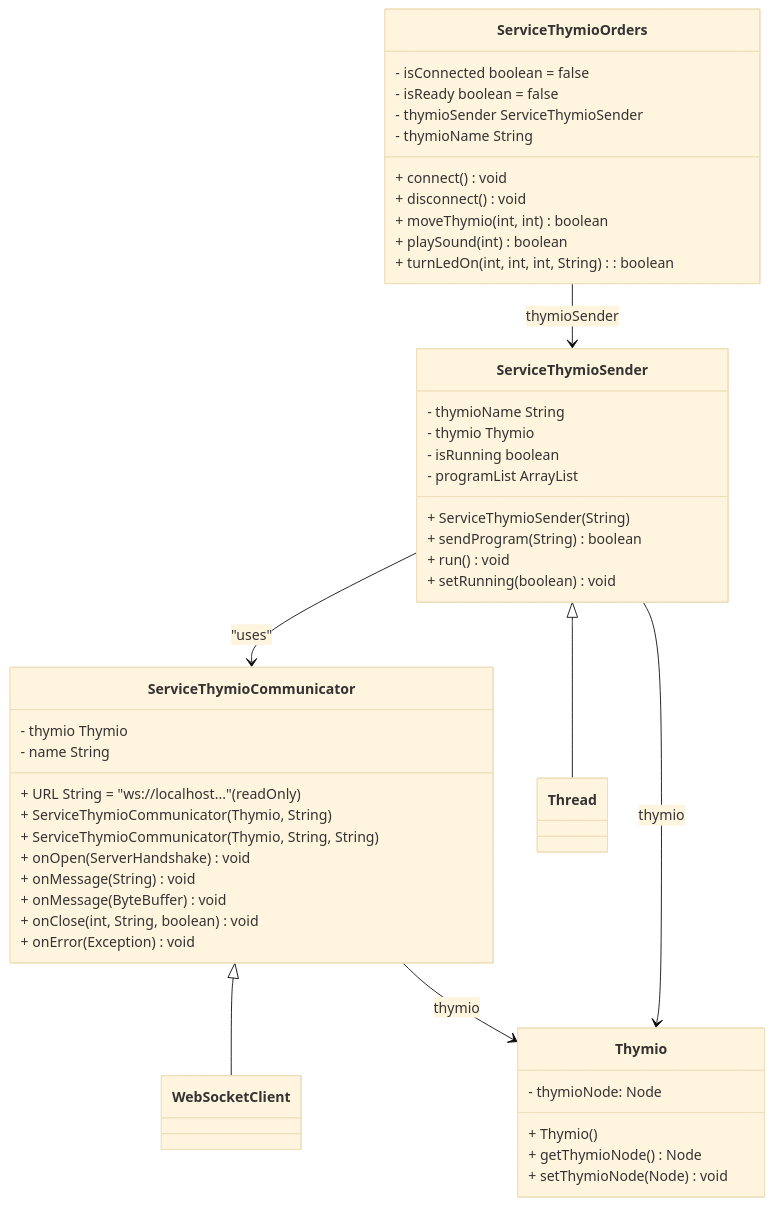
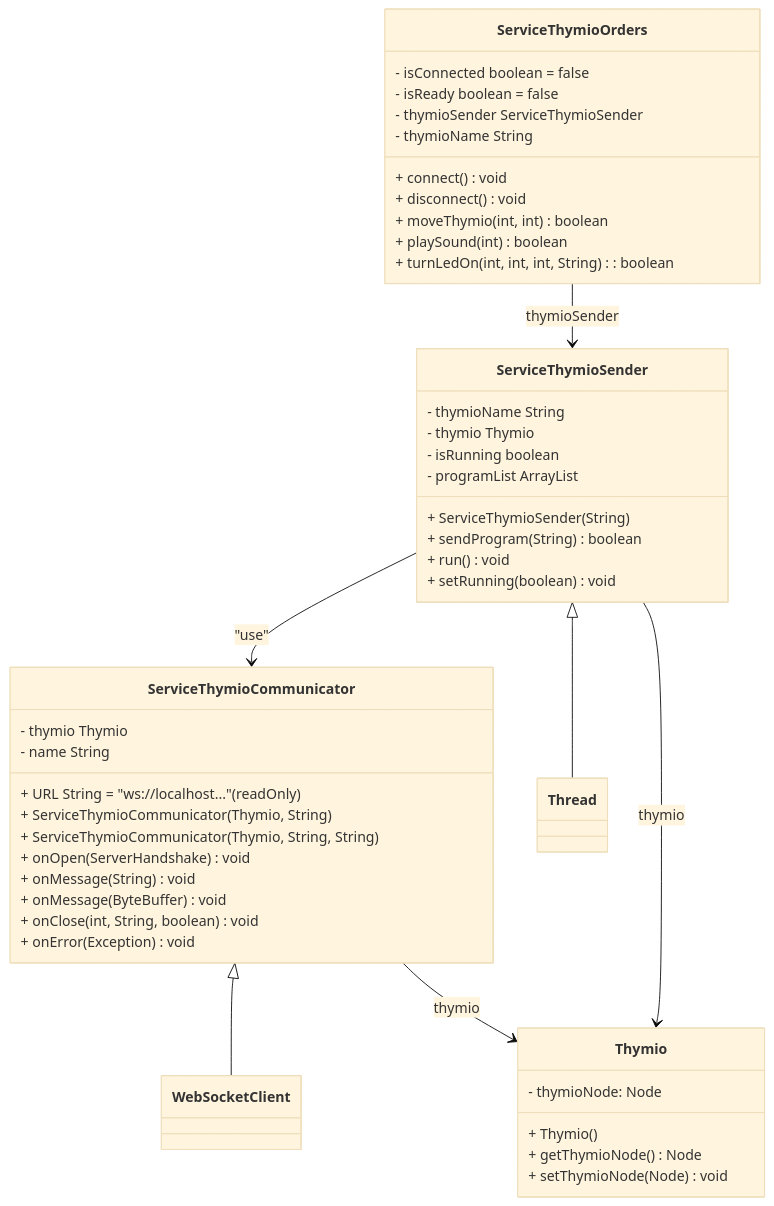
Before and after one commit to emf-info/EMFThymioJava: the diagram in README.md, drawn with Mermaid (base theme).

````diff
--- a/README.md
+++ b/README.md
@@ -39,58 +39,58 @@
 ```mermaid
 classDiagram
     class ServiceThymioOrders {
         - isConnected boolean = false
         - isReady boolean = false
         - thymioSender ServiceThymioSender
         - thymioName String
         + connect() void
         + disconnect() void
         + moveThymio(int, int) boolean
         + playSound(int) boolean
         + turnLedOn(int, int, int, String): boolean
     }
 
     class ServiceThymioSender {
         - thymioName String
         - thymio Thymio
         - isRunning boolean
         - programList ArrayList<String>
         + ServiceThymioSender(String)
         + sendProgram(String) boolean
         + run() void
         + setRunning(boolean) void
     }
 
     class ServiceThymioCommunicator {
         + URL String = "ws://localhost..." (readOnly)
         - thymio Thymio
         - name String
         + ServiceThymioCommunicator(Thymio, String)
         + ServiceThymioCommunicator(Thymio, String, String)
         + onOpen(ServerHandshake) void
         + onMessage(String) void
         + onMessage(ByteBuffer) void
         + onClose(int, String, boolean) void
         + onError(Exception) void
     }
 
     class WebSocketClient {
     }
 
     class Thread {
     }
 
     class Thymio {
         - thymioNode: Node
         + Thymio()
         + getThymioNode() Node
         + setThymioNode(Node) void
     }
 
     ServiceThymioOrders --> ServiceThymioSender : thymioSender
     ServiceThymioSender <|-- Thread
     ServiceThymioCommunicator <|-- WebSocketClient
-    ServiceThymioSender --> ServiceThymioCommunicator : "uses"
+    ServiceThymioSender --> ServiceThymioCommunicator : "use"
     ServiceThymioCommunicator --> Thymio : thymio
     ServiceThymioSender --> Thymio : thymio
 ```
````
